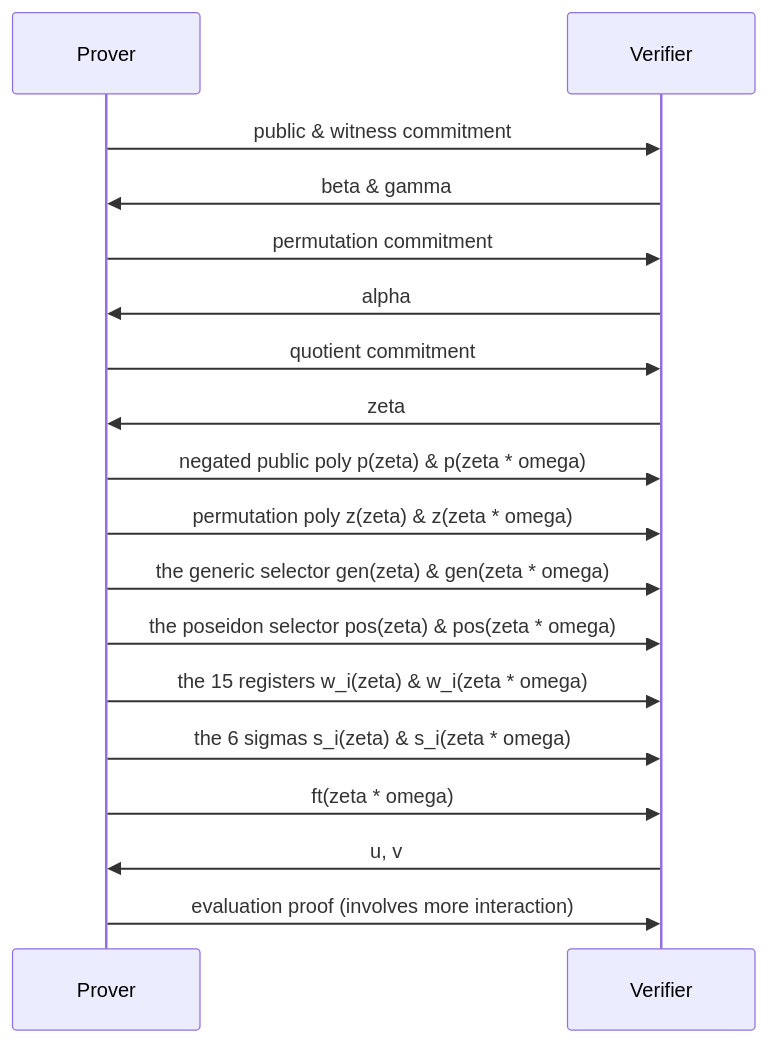
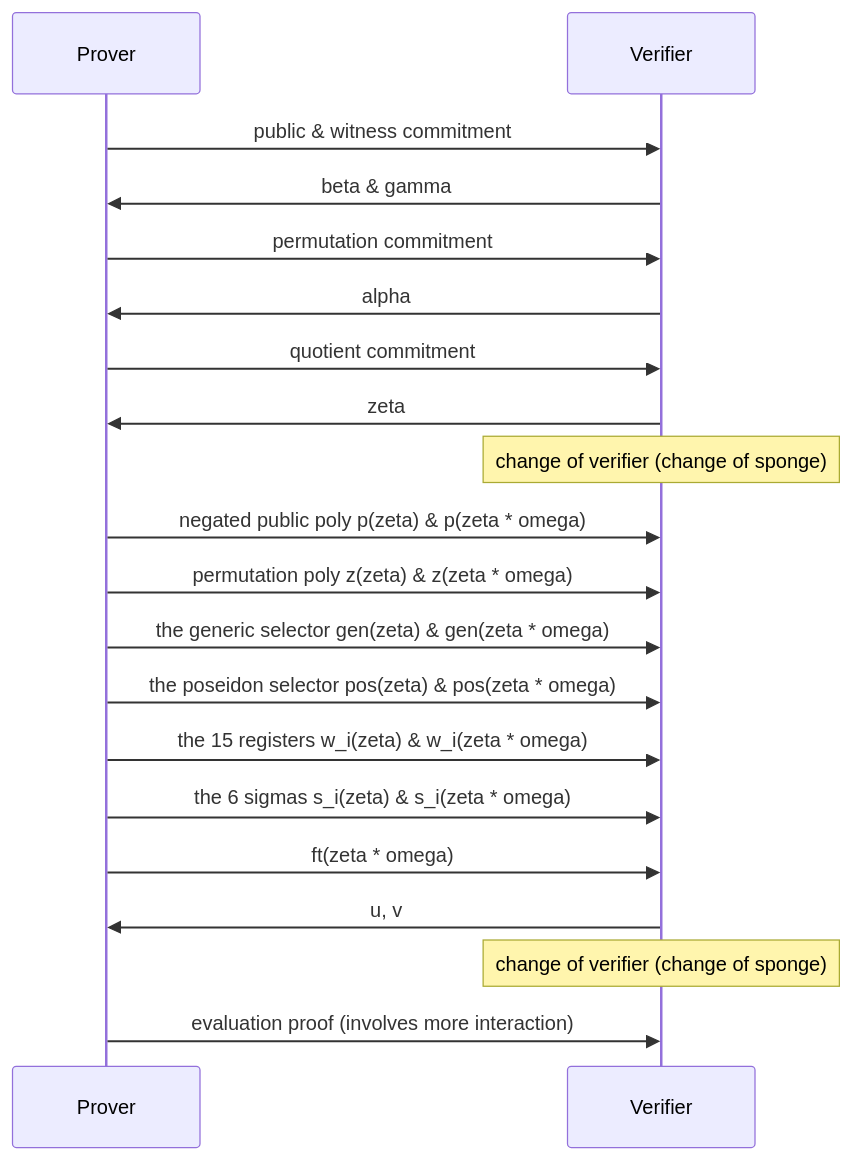
Before and after one commit to o1-labs/proof-systems: the diagram in book/specifications/kimchi/template.md, drawn with Mermaid. The commit also changed other lines of this file and 2 other files, not shown here.

````diff
--- a/book/specifications/kimchi/template.md
+++ b/book/specifications/kimchi/template.md
@@ -179,20 +173,22 @@
 ```mermaid
 sequenceDiagram
     participant Prover
     participant Verifier
     Prover->>Verifier: public & witness commitment
     Verifier->>Prover: beta & gamma
     Prover->>Verifier: permutation commitment
     Verifier->>Prover: alpha
     Prover->>Verifier: quotient commitment
     Verifier->>Prover: zeta
+    Note over Verifier: change of verifier (change of sponge)
     Prover->>Verifier: negated public poly p(zeta) & p(zeta * omega)
     Prover->>Verifier: permutation poly z(zeta) & z(zeta * omega)
     Prover->>Verifier: the generic selector gen(zeta) & gen(zeta * omega)
     Prover->>Verifier: the poseidon selector pos(zeta) & pos(zeta * omega)
     Prover->>Verifier: the 15 registers w_i(zeta) & w_i(zeta * omega)
     Prover->>Verifier: the 6 sigmas s_i(zeta) & s_i(zeta * omega)
     Prover->>Verifier: ft(zeta * omega)
     Verifier->>Prover: u, v
+    Note over Verifier: change of verifier (change of sponge)
     Prover->>Verifier: evaluation proof (involves more interaction)
 ```
````
